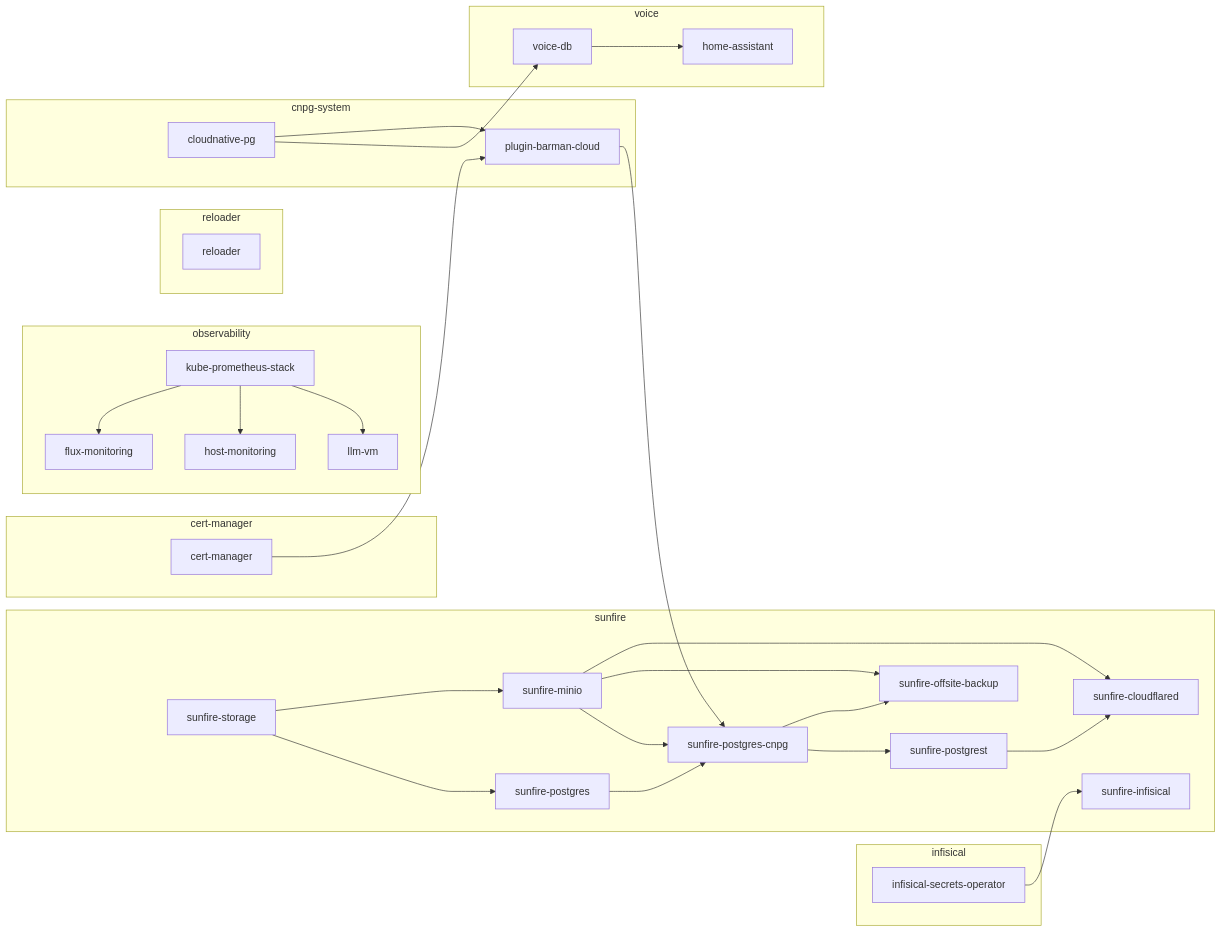
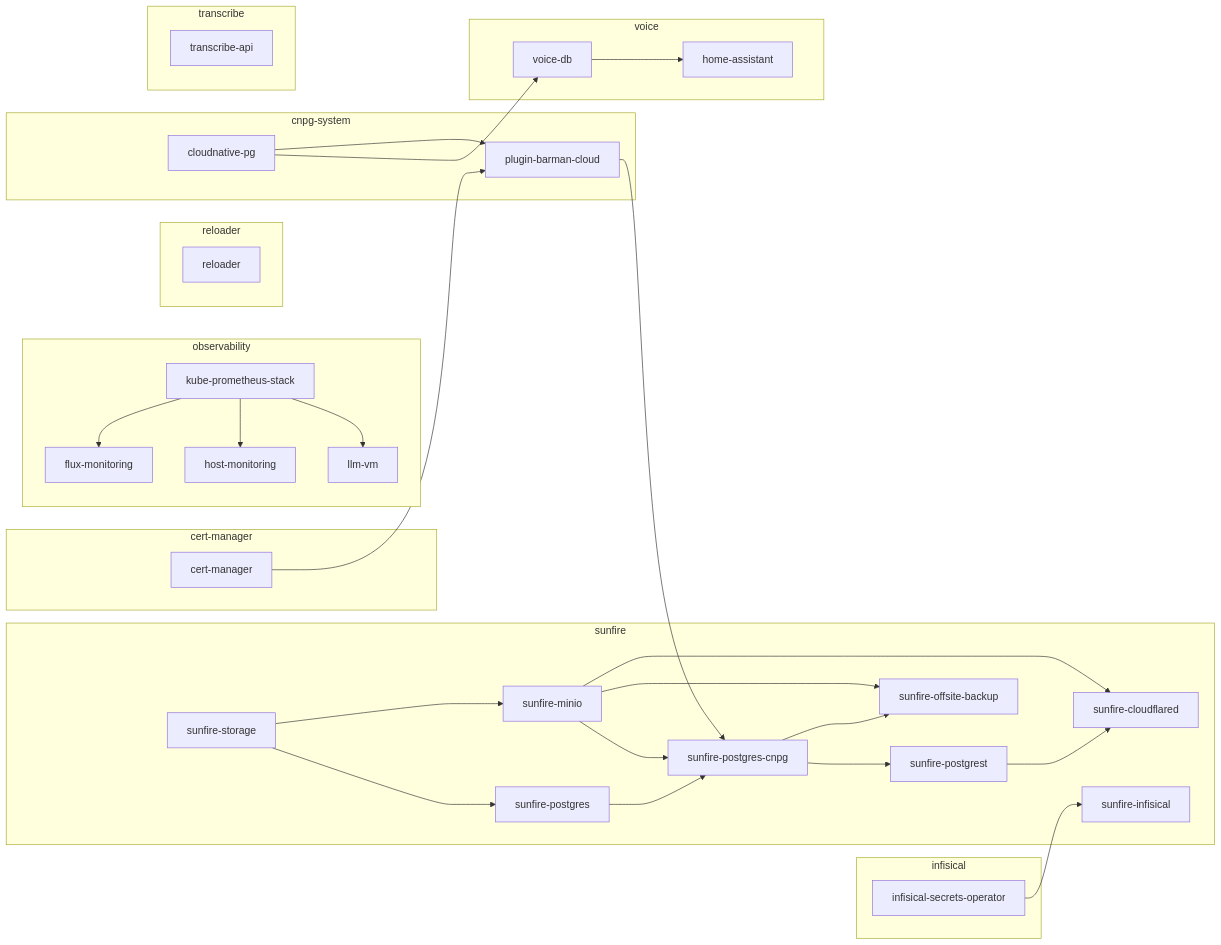
Before and after one commit to lambo-n/homelab: the second of 2 diagrams in README.md, drawn with Mermaid.

Commit message:
docs: regenerate dependency graph for the transcribe namespace

````diff
--- a/README.md
+++ b/README.md
@@ -501,54 +501,57 @@
 ```mermaid
 flowchart LR
   subgraph ns_cert_manager["cert-manager"]
     cert_manager["cert-manager"]
   end
   subgraph ns_cnpg_system["cnpg-system"]
     cloudnative_pg["cloudnative-pg"]
     plugin_barman_cloud["plugin-barman-cloud"]
   end
   subgraph ns_infisical["infisical"]
     infisical_secrets_operator["infisical-secrets-operator"]
   end
   subgraph ns_observability["observability"]
     flux_monitoring["flux-monitoring"]
     host_monitoring["host-monitoring"]
     kube_prometheus_stack["kube-prometheus-stack"]
     llm_vm["llm-vm"]
   end
   subgraph ns_reloader["reloader"]
     reloader["reloader"]
   end
   subgraph ns_sunfire["sunfire"]
     sunfire_cloudflared["sunfire-cloudflared"]
     sunfire_infisical["sunfire-infisical"]
     sunfire_minio["sunfire-minio"]
     sunfire_offsite_backup["sunfire-offsite-backup"]
     sunfire_postgres["sunfire-postgres"]
     sunfire_postgres_cnpg["sunfire-postgres-cnpg"]
     sunfire_postgrest["sunfire-postgrest"]
     sunfire_storage["sunfire-storage"]
   end
+  subgraph ns_transcribe["transcribe"]
+    transcribe_api["transcribe-api"]
+  end
   subgraph ns_voice["voice"]
     home_assistant["home-assistant"]
     voice_db["voice-db"]
   end
   kube_prometheus_stack --> flux_monitoring
   voice_db --> home_assistant
   kube_prometheus_stack --> host_monitoring
   kube_prometheus_stack --> llm_vm
   cert_manager --> plugin_barman_cloud
   cloudnative_pg --> plugin_barman_cloud
   sunfire_minio --> sunfire_cloudflared
   sunfire_postgrest --> sunfire_cloudflared
   infisical_secrets_operator --> sunfire_infisical
   sunfire_storage --> sunfire_minio
   sunfire_minio --> sunfire_offsite_backup
   sunfire_postgres_cnpg --> sunfire_offsite_backup
   sunfire_storage --> sunfire_postgres
   plugin_barman_cloud --> sunfire_postgres_cnpg
   sunfire_minio --> sunfire_postgres_cnpg
   sunfire_postgres --> sunfire_postgres_cnpg
   sunfire_postgres_cnpg --> sunfire_postgrest
   cloudnative_pg --> voice_db
 ```
````
